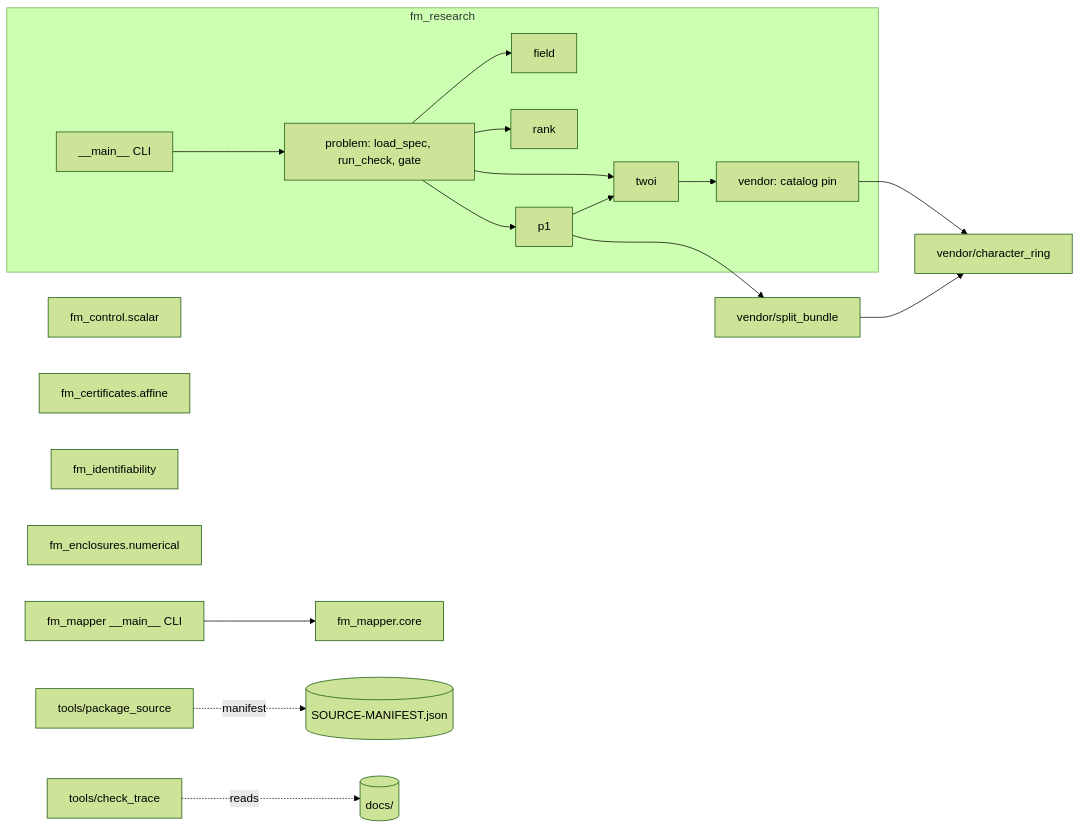
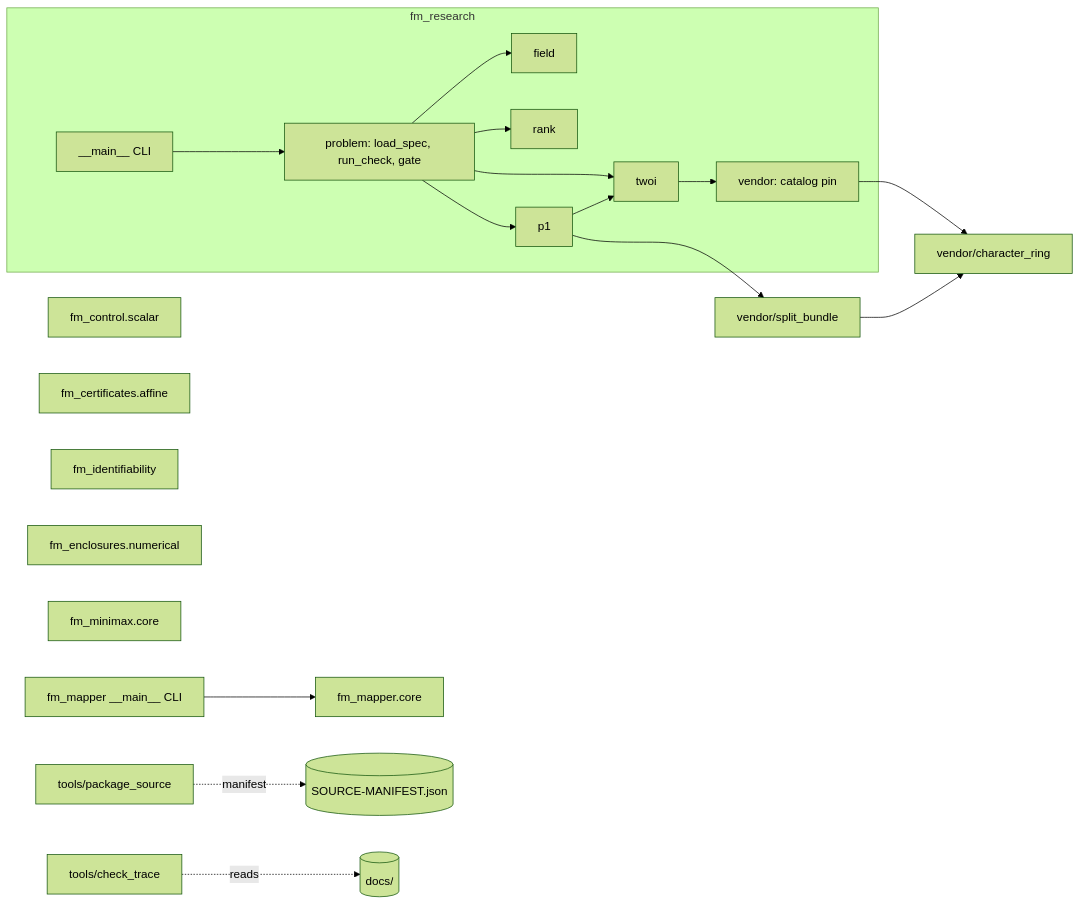
The first of 3 diagrams in docs/architecture/architecture.md (Akilleez-QA/foundation-math), drawn with Mermaid (forest theme) before and after one commit. The commit also changed other lines of this file and 15 other files, not shown here.

````diff
--- a/docs/architecture/architecture.md
+++ b/docs/architecture/architecture.md
@@ -41,19 +41,20 @@
 ```mermaid
 flowchart LR
   subgraph research[fm_research]
     main[__main__ CLI] --> problem[problem: load_spec, run_check, gate]
     problem --> field[field] & rank[rank] & twoi[twoi] & p1[p1]
     twoi --> vendor[vendor: catalog pin]
     p1 --> twoi
   end
   vendor --> cr[vendor/character_ring]
   p1 --> sb[vendor/split_bundle]
   sb --> cr
   mmain[fm_mapper __main__ CLI] --> core[fm_mapper.core]
   control[fm_control.scalar]
   cert[fm_certificates.affine]
   ident[fm_identifiability]
   encl[fm_enclosures.numerical]
+  minimax[fm_minimax.core]
   pkg[tools/package_source] -.manifest.-> manifest[(SOURCE-MANIFEST.json)]
   trace[tools/check_trace] -.reads.-> docs[(docs/)]
 ```
````
